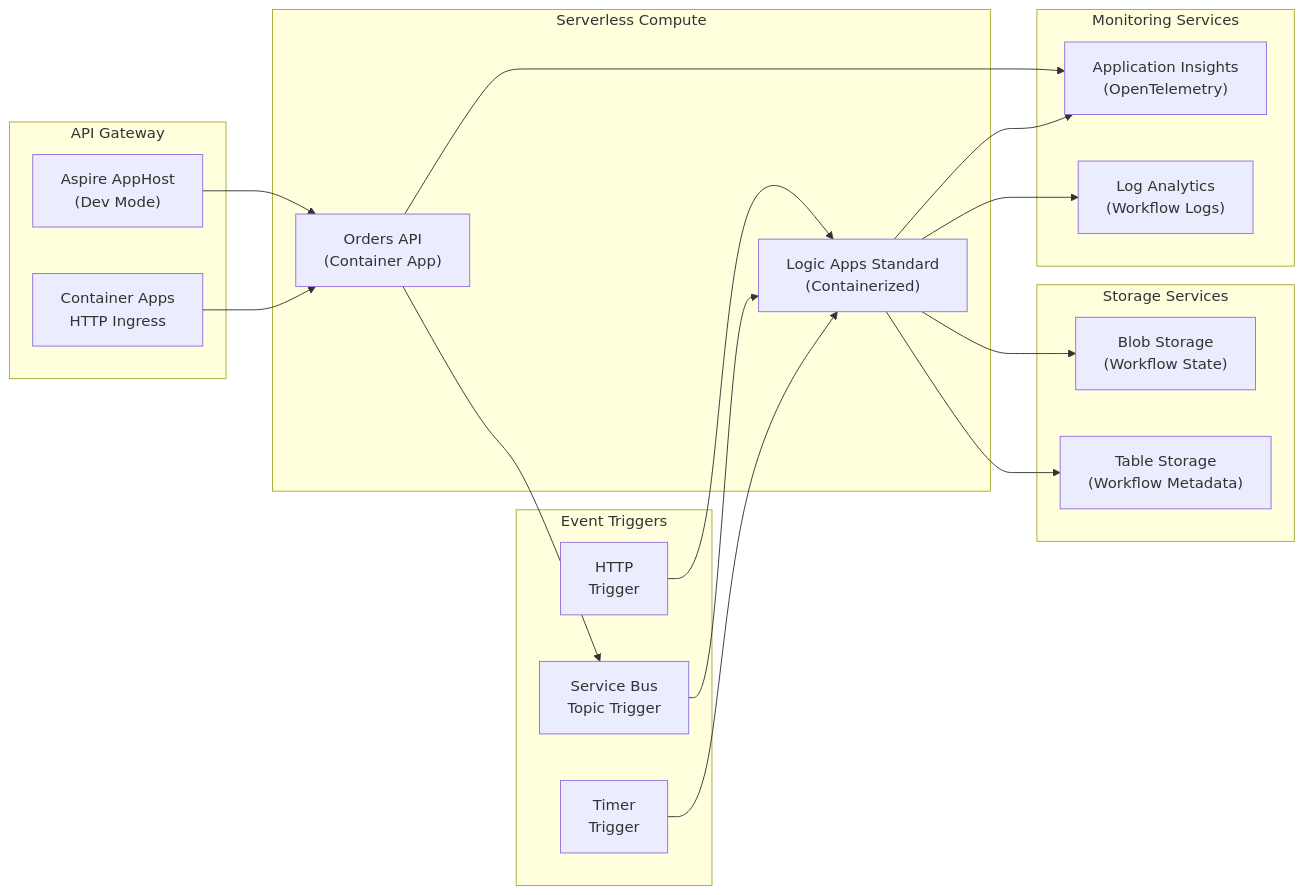
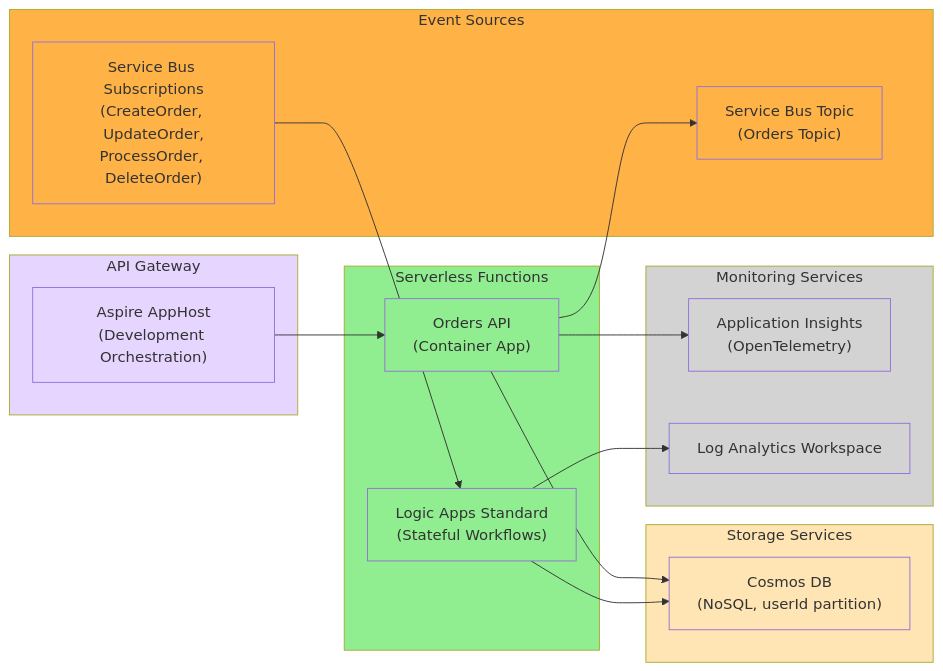
Diagram 11 of 12 in README.md (Evilazaro/Azure-LogicApps-Monitoring), drawn with Mermaid before and after one commit. The commit also changed other lines of this file, not shown here.

Commit message:
refactor: update flowcharts in README.md for improved clarity and consistency

````diff
--- a/README.md
+++ b/README.md
@@ -683,44 +796,51 @@
 ```mermaid
 flowchart LR
     subgraph APIGateway["API Gateway"]
-        AspireHost["Aspire AppHost<br/>(Dev Mode)"]
-        ContainerAppsHTTP["Container Apps<br/>HTTP Ingress"]
+        AspireHost["Aspire AppHost<br/>(Development Orchestration)"]
     end
     
-    subgraph ServerlessCompute["Serverless Compute"]
+    subgraph Functions["Serverless Functions"]
         OrdersAPI["Orders API<br/>(Container App)"]
-        LogicApps["Logic Apps Standard<br/>(Containerized)"]
+        LogicAppsStandard["Logic Apps Standard<br/>(Stateful Workflows)"]
     end
     
-    subgraph EventSources["Event Triggers"]
-        ServiceBusTopic["Service Bus<br/>Topic Trigger"]
-        HTTPTrigger["HTTP<br/>Trigger"]
-        TimerTrigger["Timer<br/>Trigger"]
+    subgraph EventSources["Event Sources"]
+        ServiceBusTopic["Service Bus Topic<br/>(Orders Topic)"]
+        ServiceBusSubscriptions["Service Bus Subscriptions<br/>(CreateOrder, UpdateOrder,<br/>ProcessOrder, DeleteOrder)"]
     end
     
     subgraph DataStorage["Storage Services"]
-        BlobStorage["Blob Storage<br/>(Workflow State)"]
-        TableStorage["Table Storage<br/>(Workflow Metadata)"]
+        CosmosDB["Cosmos DB<br/>(NoSQL, userId partition)"]
     end
     
     subgraph Monitoring["Monitoring Services"]
         AppInsights["Application Insights<br/>(OpenTelemetry)"]
-        LogAnalytics["Log Analytics<br/>(Workflow Logs)"]
+        LogAnalytics["Log Analytics Workspace"]
     end
     
     AspireHost --> OrdersAPI
-    ContainerAppsHTTP --> OrdersAPI
     
-    HTTPTrigger --> LogicApps
-    ServiceBusTopic --> LogicApps
-    TimerTrigger --> LogicApps
+    ServiceBusSubscriptions --> LogicAppsStandard
     
     OrdersAPI --> ServiceBusTopic
+    OrdersAPI --> CosmosDB
     
-    LogicApps --> BlobStorage
-    LogicApps --> TableStorage
+    LogicAppsStandard --> CosmosDB
     
     OrdersAPI --> AppInsights
-    LogicApps --> LogAnalytics
-    LogicApps --> AppInsights
+    LogicAppsStandard --> LogAnalytics
+    
+    style APIGateway fill:#E6D5FF
+    style Functions fill:#90EE90
+    style EventSources fill:#FFB347
+    style DataStorage fill:#FFE5B4
+    style Monitoring fill:#D3D3D3
+    style AspireHost fill:#E6D5FF
+    style OrdersAPI fill:#90EE90
+    style LogicAppsStandard fill:#90EE90
+    style ServiceBusTopic fill:#FFB347
+    style ServiceBusSubscriptions fill:#FFB347
+    style CosmosDB fill:#FFE5B4
+    style AppInsights fill:#D3D3D3
+    style LogAnalytics fill:#D3D3D3
 ```
````
